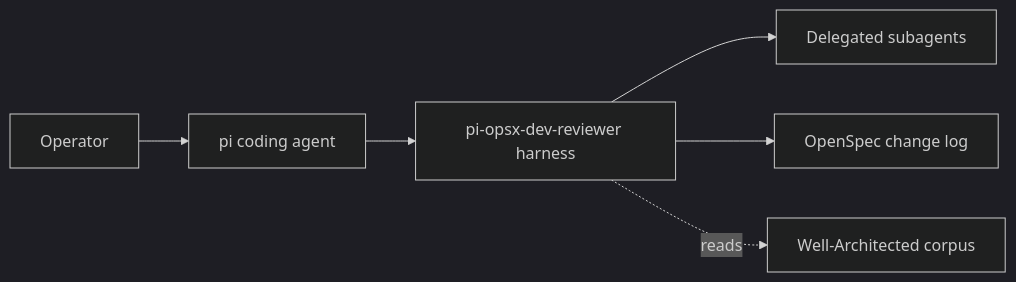
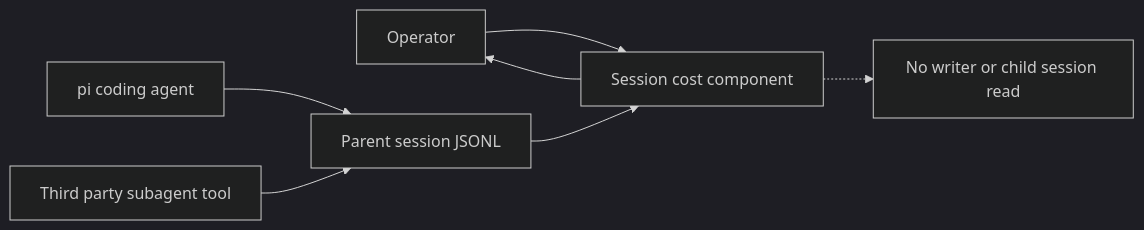
One commit to sjramblings/pi-opsx-dev-reviewer changed the diagram in docs/architecture/03-context-and-scope.md. Above: the diagram before and after it, drawn with Mermaid (dark theme). The commit also changed other lines of this file and 348 other files, not shown here.

````diff
--- a/docs/architecture/03-context-and-scope.md
+++ b/docs/architecture/03-context-and-scope.md
@@ -30,8 +33,9 @@
 ```mermaid
 flowchart LR
-  op[Operator] --> pi[pi coding agent]
-  pi --> kit[pi-opsx-dev-reviewer harness]
-  kit --> subagents[Delegated subagents]
-  kit --> openspec[OpenSpec change log]
-  kit -.reads.-> corpus[Well-Architected corpus]
+  operator[Operator] --> rollup[Session cost component]
+  pi[pi coding agent] --> session[Parent session JSONL]
+  subagent[Third party subagent tool] --> session
+  session --> rollup
+  rollup --> operator
+  rollup -.-> boundary[No writer or child session read]
 ```
````
